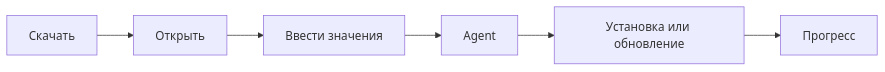
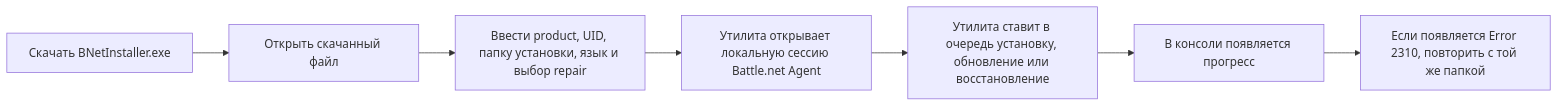
One commit to DokPlay/Battle.Net-Installer changed the diagram in README.ru.md. Above: the diagram before and after it, drawn with Mermaid. The commit also changed 1 other file, not shown here.

Commit message:
Restore detailed README diagrams

````diff
--- a/README.ru.md
+++ b/README.ru.md
@@ -52,8 +52,9 @@
 ```mermaid
-graph LR
-    A["Скачать"] --> B["Открыть"]
-    B --> C["Ввести значения"]
-    C --> D["Agent"]
-    D --> E["Установка или обновление"]
-    E --> F["Прогресс"]
+flowchart LR
+    A["Скачать BNetInstaller.exe"] --> B["Открыть скачанный файл"]
+    B --> C["Ввести product, UID, папку установки, язык и выбор repair"]
+    C --> D["Утилита открывает локальную сессию Battle.net Agent"]
+    D --> E["Утилита ставит в очередь установку, обновление или восстановление"]
+    E --> F["В консоли появляется прогресс"]
+    F --> G["Если появляется Error 2310, повторить с той же папкой"]
 ```
````
